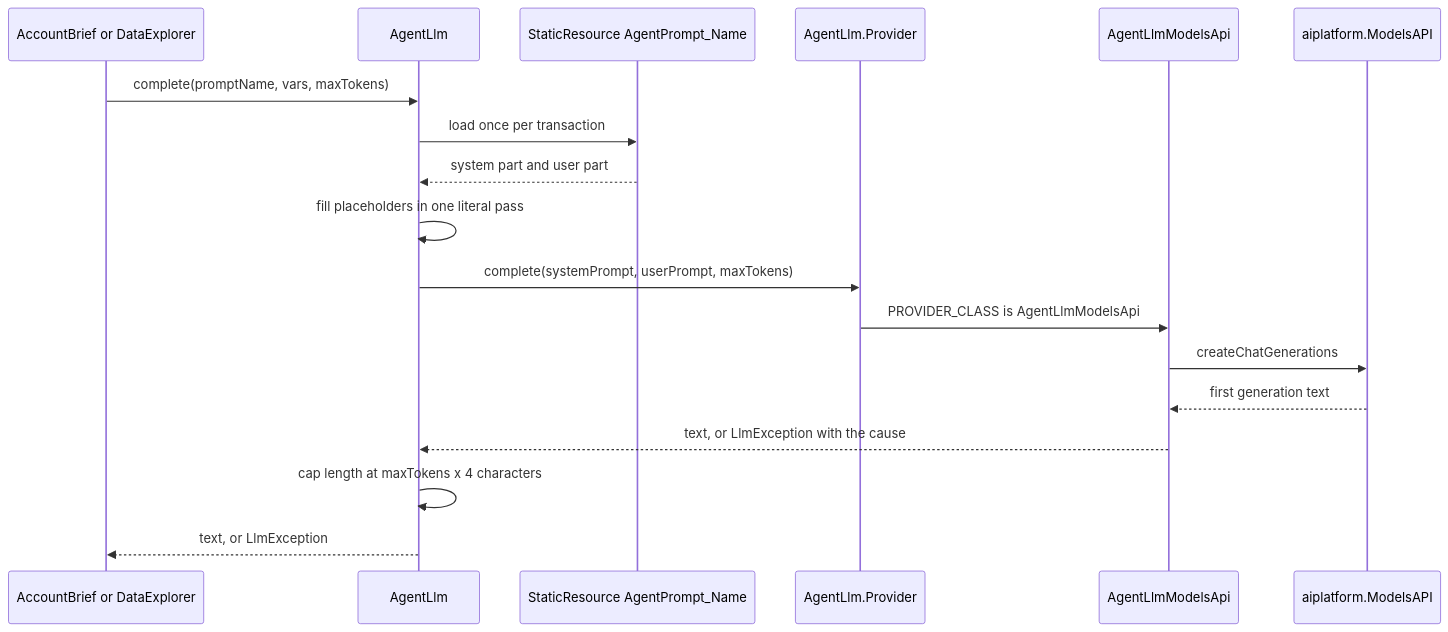
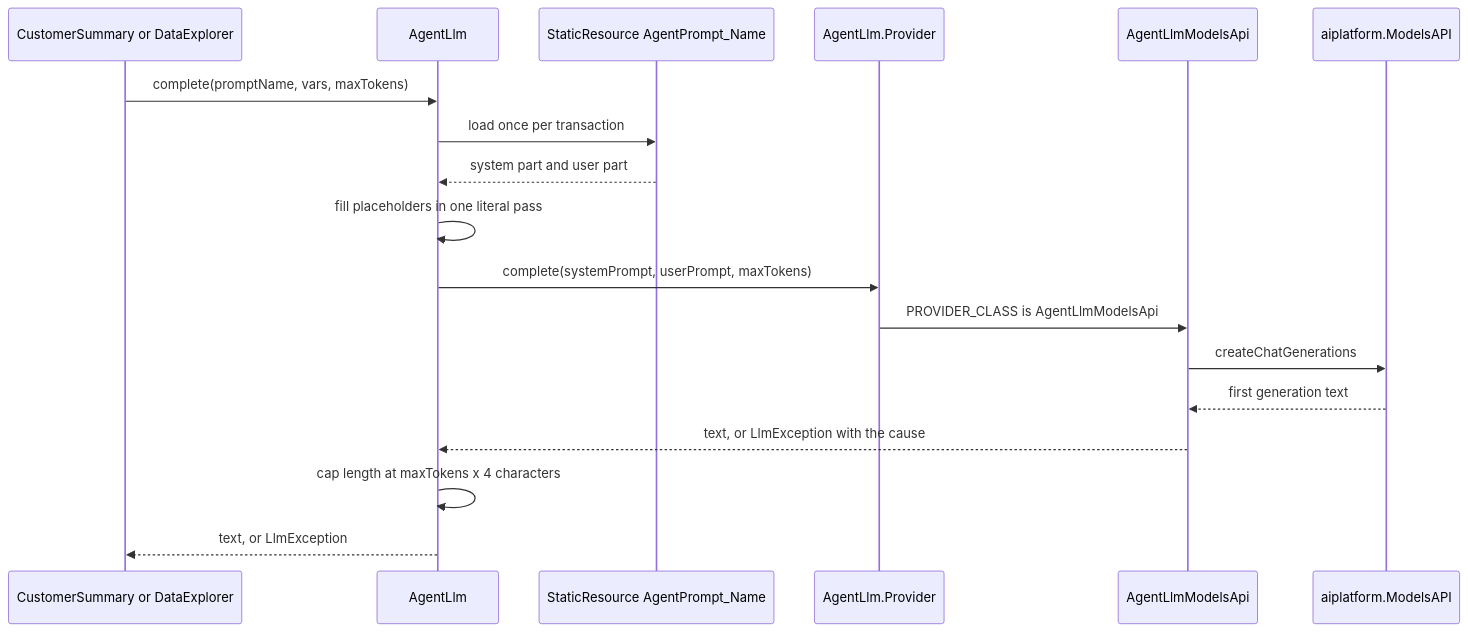
One commit to nelsben/generic-agent changed the diagram in docs/patterns/04-model-provider-seam.md. Above: the diagram before and after it, drawn with Mermaid. The commit also changed 160 other files, not shown here.

First line of the commit message:
BE-23: FR2 rename in the repo, Account Brief becomes Customer Summary (GO)

````diff
--- a/docs/patterns/04-model-provider-seam.md
+++ b/docs/patterns/04-model-provider-seam.md
@@ -18,20 +18,20 @@
 ```mermaid
 sequenceDiagram
-    participant F as AccountBrief or DataExplorer
+    participant F as CustomerSummary or DataExplorer
     participant L as AgentLlm
     participant SR as StaticResource AgentPrompt_Name
     participant PR as AgentLlm.Provider
     participant MA as AgentLlmModelsApi
     participant API as aiplatform.ModelsAPI
     F->>L: complete(promptName, vars, maxTokens)
     L->>SR: load once per transaction
     SR-->>L: system part and user part
     L->>L: fill placeholders in one literal pass
     L->>PR: complete(systemPrompt, userPrompt, maxTokens)
     PR->>MA: PROVIDER_CLASS is AgentLlmModelsApi
     MA->>API: createChatGenerations
     API-->>MA: first generation text
     MA-->>L: text, or LlmException with the cause
     L->>L: cap length at maxTokens x 4 characters
     L-->>F: text, or LlmException
 ```
````
